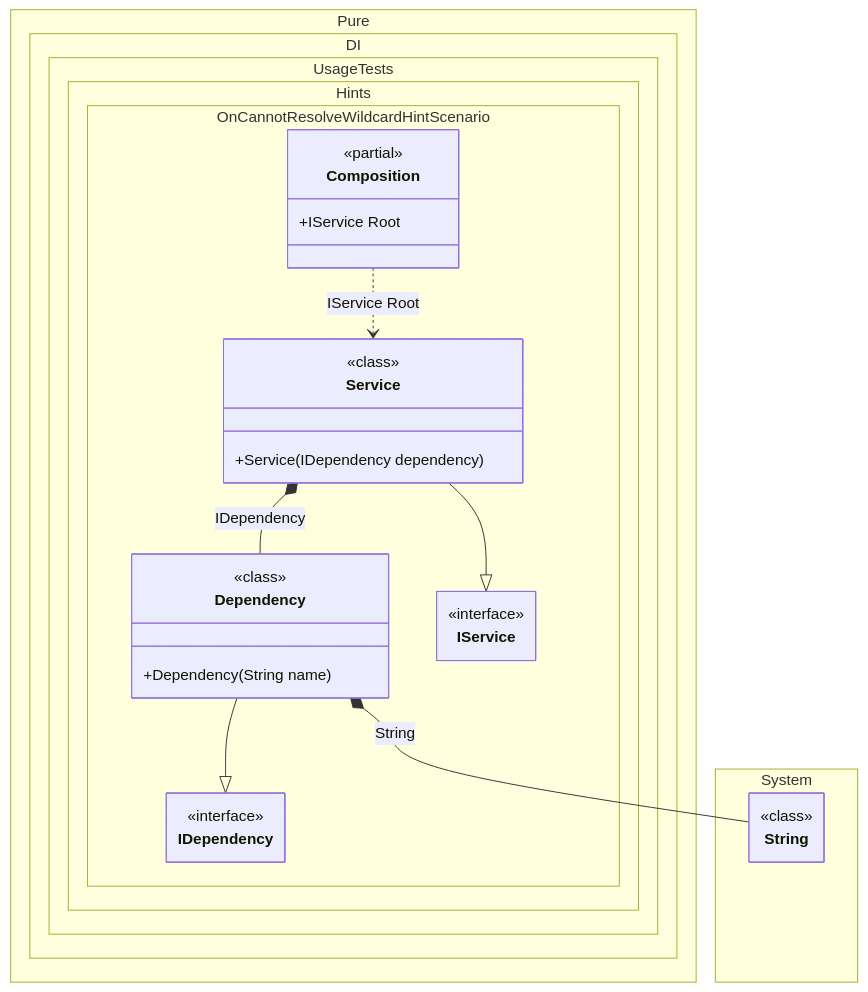
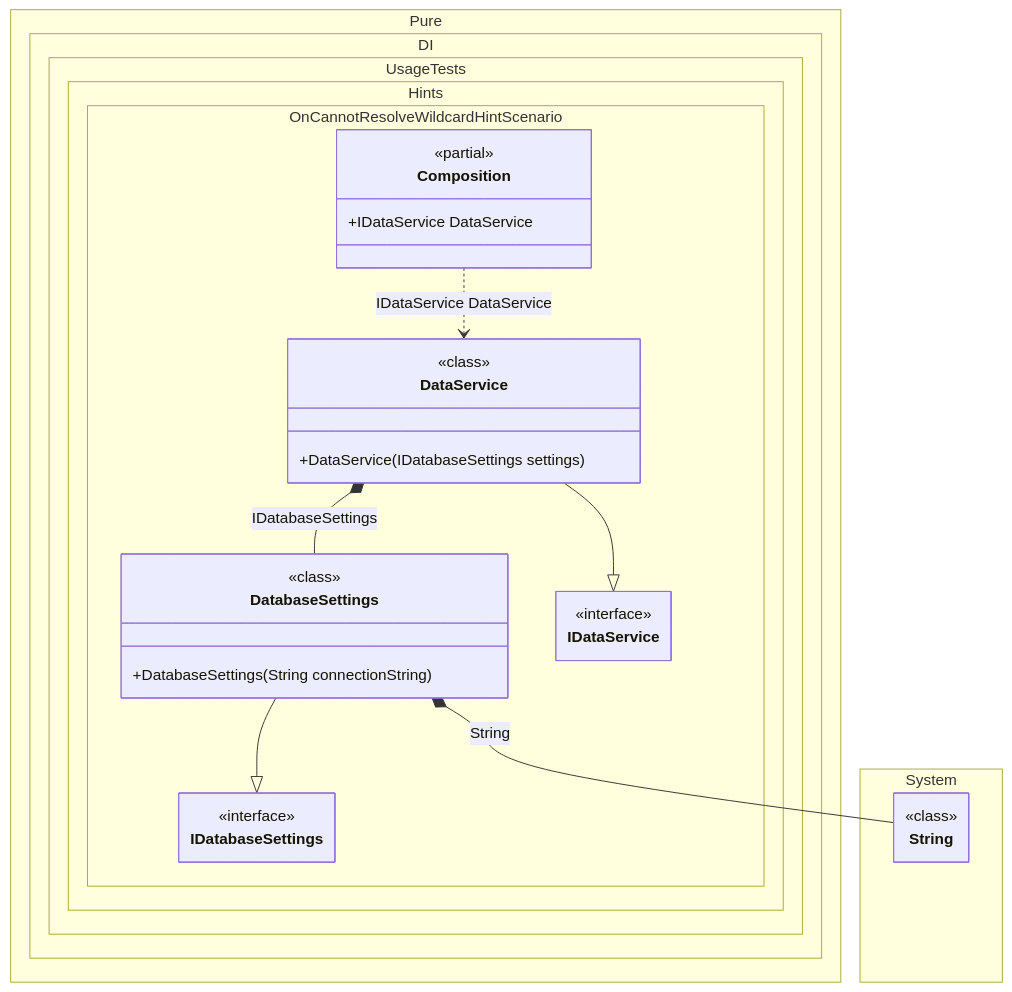
One commit to DevTeam/Pure.DI changed the diagram in readme/oncannotresolve-wildcard-hint.md. Above: the diagram before and after it, drawn with Mermaid. The commit also changed other lines of this file and 126 other files, not shown here.

````diff
--- a/readme/oncannotresolve-wildcard-hint.md
+++ b/readme/oncannotresolve-wildcard-hint.md
@@ -117,40 +121,40 @@
 ```mermaid
 ---
  config:
   maxTextSize: 2147483647
   maxEdges: 2147483647
   class:
    hideEmptyMembersBox: true
 ---
 classDiagram
-	Dependency --|> IDependency
-	Service --|> IService
-	Composition ..> Service : IService Root
-	Dependency *--  String : String
-	Service *--  Dependency : IDependency
+	DatabaseSettings --|> IDatabaseSettings
+	DataService --|> IDataService
+	Composition ..> DataService : IDataService DataService
+	DatabaseSettings *--  String : String
+	DataService *--  DatabaseSettings : IDatabaseSettings
 	namespace Pure.DI.UsageTests.Hints.OnCannotResolveWildcardHintScenario {
 		class Composition {
 		<<partial>>
-		+IService Root
+		+IDataService DataService
 		}
-		class Dependency {
+		class DatabaseSettings {
 				<<class>>
-			+Dependency(String name)
+			+DatabaseSettings(String connectionString)
 		}
-		class IDependency {
+		class DataService {
+				<<class>>
+			+DataService(IDatabaseSettings settings)
+		}
+		class IDatabaseSettings {
 			<<interface>>
 		}
-		class IService {
+		class IDataService {
 			<<interface>>
-		}
-		class Service {
-				<<class>>
-			+Service(IDependency dependency)
 		}
 	}
 	namespace System {
 		class String {
 				<<class>>
 		}
 	}
 ```
````
